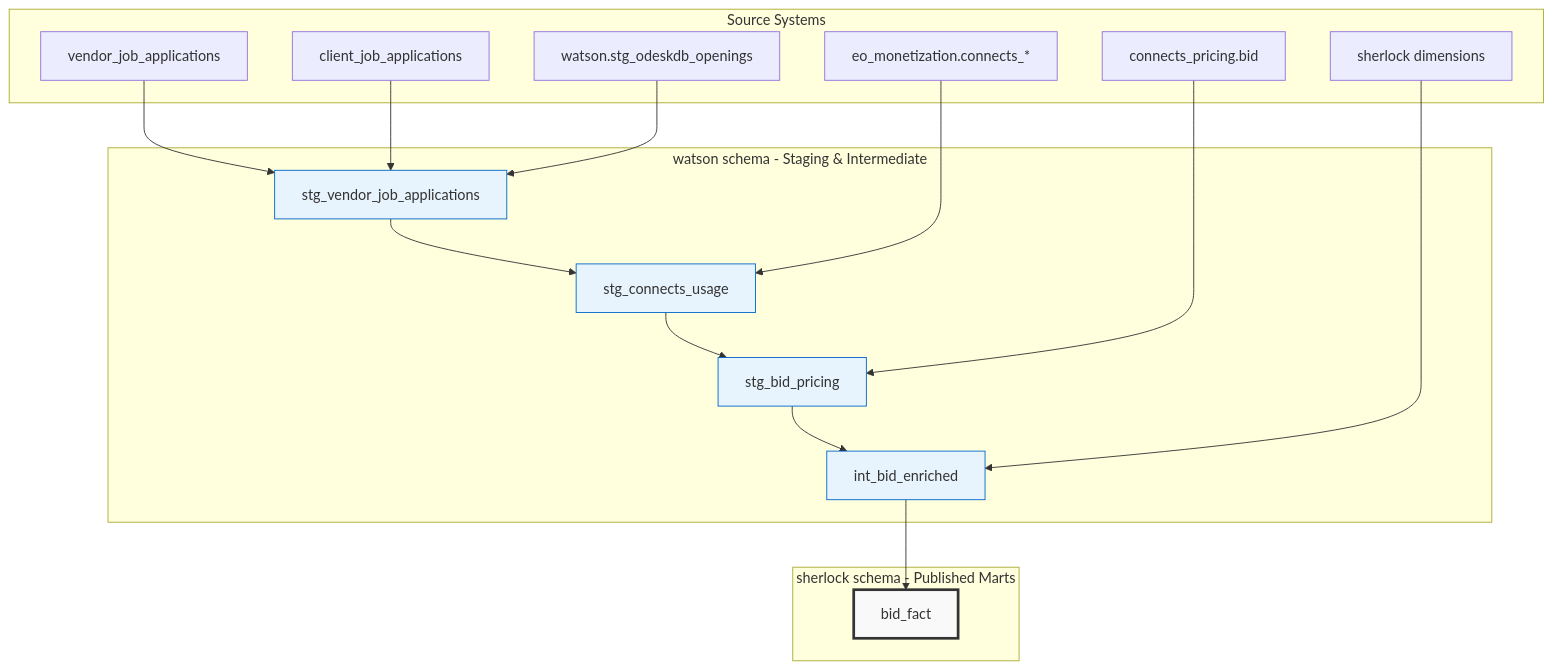
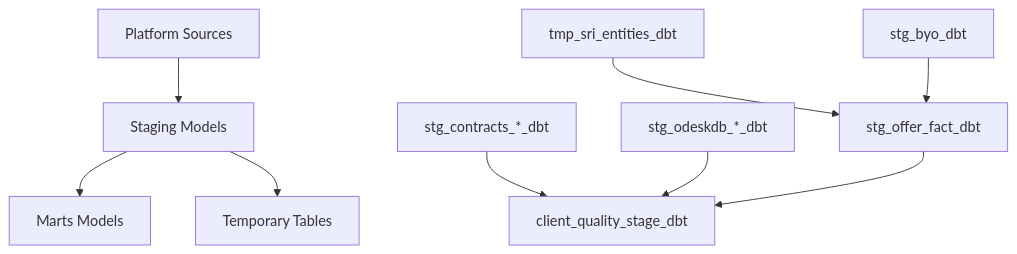
The diagram in README.md (rishiupwk/aps-dbt-demo), drawn with Mermaid before and after one commit. The commit also changed other lines of this file, not shown here.

First line of the commit message:
Update README for watson staging schema conversion

````diff
--- a/README.md
+++ b/README.md
@@ -72,43 +42,13 @@
 ```mermaid
 graph TD
-    subgraph "Source Systems"
-        A[vendor_job_applications]
-        B[client_job_applications] 
-        C[watson.stg_odeskdb_openings]
-        F[eo_monetization.connects_*]
-        H[connects_pricing.bid]
-        J[sherlock dimensions]
-    end
+    A[Platform Sources] --> B[Staging Models]
+    B --> C[Marts Models] 
+    B --> D[Temporary Tables]
     
-    subgraph "watson schema - Staging & Intermediate"
-        D[stg_vendor_job_applications]
-        E[stg_connects_usage]
-        G[stg_bid_pricing]
-        I[int_bid_enriched]
-    end
+    B1[stg_contracts_*_dbt] --> C1[client_quality_stage_dbt]
+    B2[stg_odeskdb_*_dbt] --> C1
+    B3[stg_offer_fact_dbt] --> C1
     
-    subgraph "sherlock schema - Published Marts"
-        K[bid_fact]
-    end
-    
-    A --> D
-    B --> D
-    C --> D
-    
-    D --> E
-    F --> E
-    
-    E --> G
-    H --> G
-    
-    G --> I
-    J --> I
-    
-    I --> K
-    
-    style K fill:#f9f9f9,stroke:#333,stroke-width:3px
-    style D fill:#e8f4fd,stroke:#0066cc
-    style E fill:#e8f4fd,stroke:#0066cc
-    style G fill:#e8f4fd,stroke:#0066cc
-    style I fill:#e8f4fd,stroke:#0066cc
+    D1[tmp_sri_entities_dbt] --> B3
+    B4[stg_byo_dbt] --> B3
 ```
````
